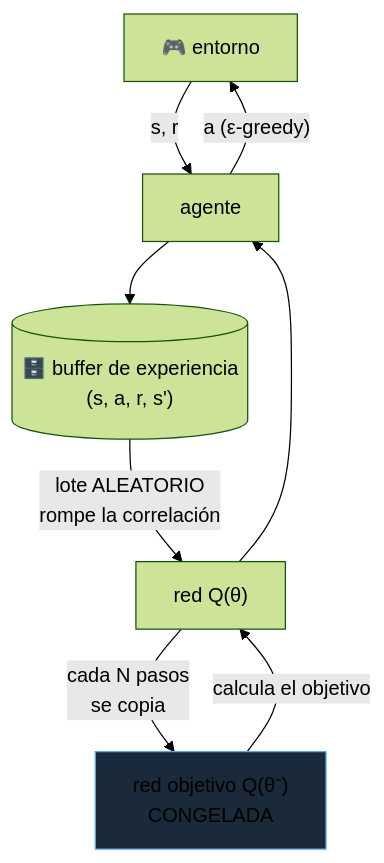
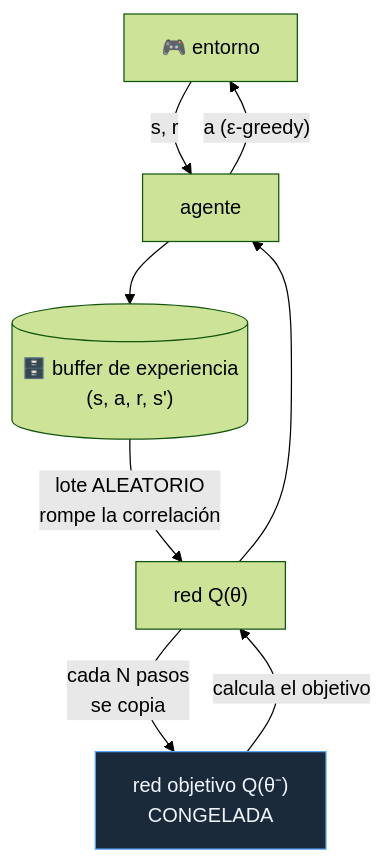
Before and after one commit to vladimiracunadev-create/artificial-intelligence-evolution-program: the diagram in papers/foundational/P26_dqn/README.md, drawn with Mermaid (forest theme). The commit also changed 27 other files, not shown here.

First line of the commit message:
Compilaciones: Windows en tres formatos y APK versionado; contraste de diagramas

````diff
--- a/papers/foundational/P26_dqn/README.md
+++ b/papers/foundational/P26_dqn/README.md
@@ -82,11 +82,11 @@
 ```mermaid
 flowchart TD
     E["🎮 entorno"] -->|"s, r"| A["agente"]
     A -->|"a (ε-greedy)"| E
     A --> B[("🗄️ buffer de experiencia<br/>(s, a, r, s')")]
     B -->|"lote ALEATORIO<br/>rompe la correlación"| Q["red Q(θ)"]
     QT["red objetivo Q(θ⁻)<br/>CONGELADA"] -->|"calcula el objetivo"| Q
     Q -->|"cada N pasos<br/>se copia"| QT
     Q --> A
-    style QT fill:#1a2a3a,stroke:#58a6ff
+    style QT fill:#1a2a3a,stroke:#58a6ff,color:#f0f6fc
 ```
````
